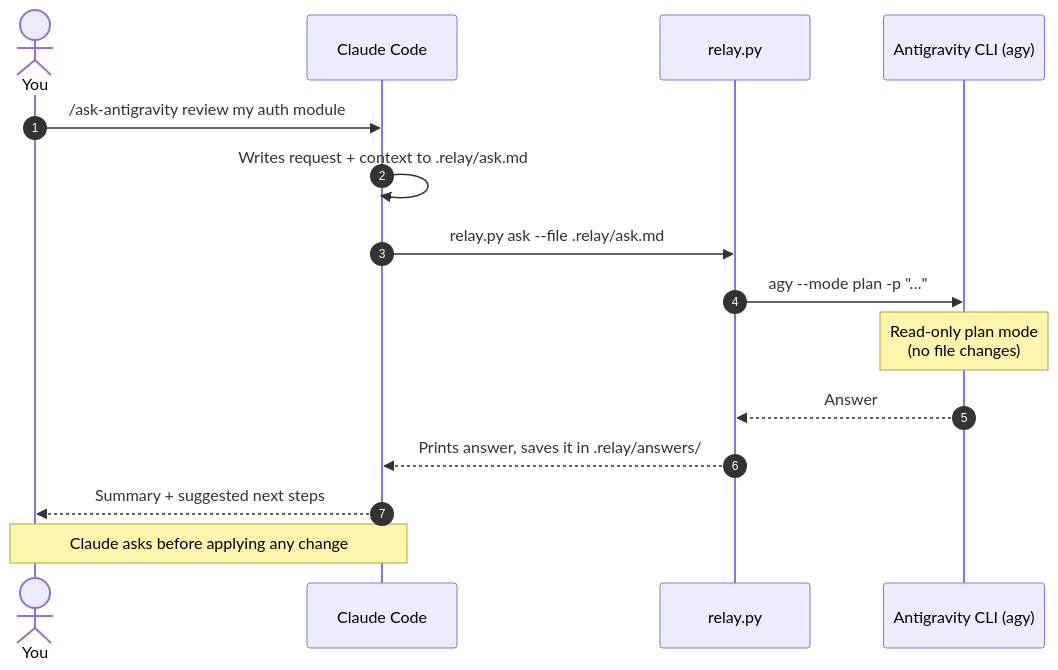
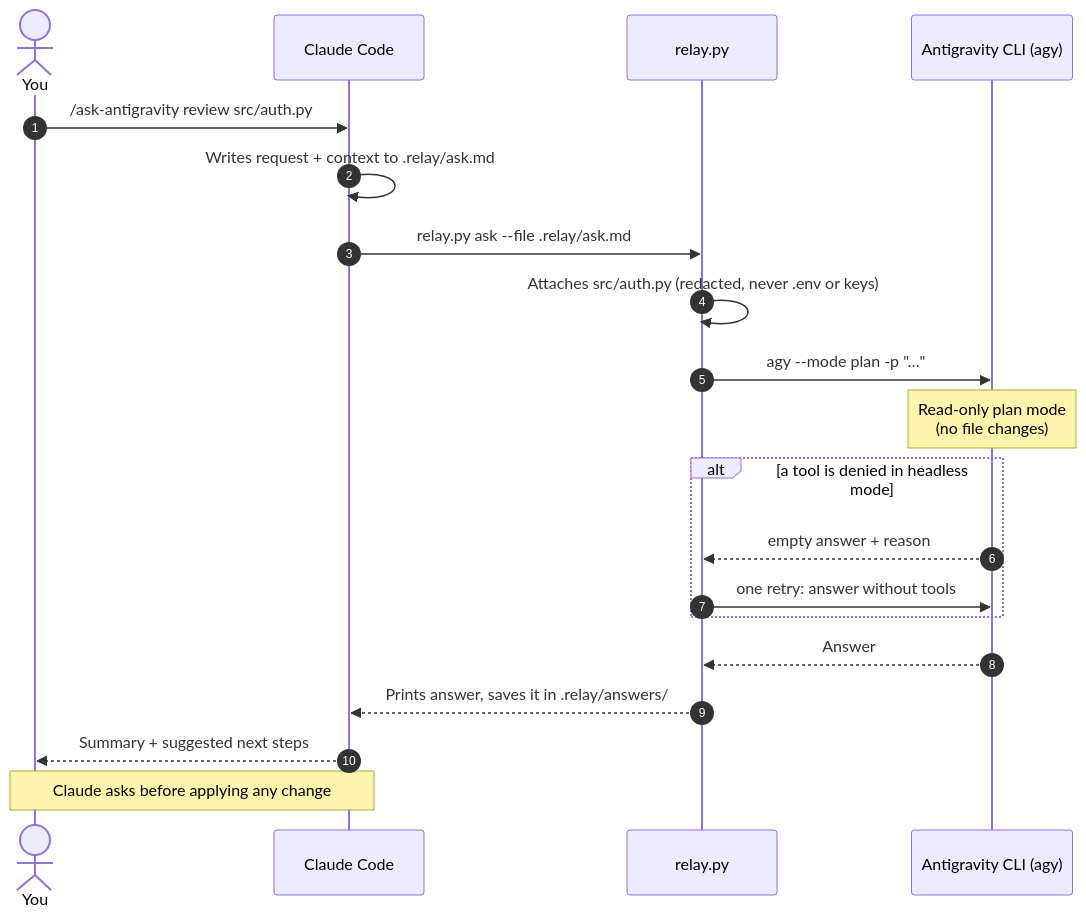
The third of 3 diagrams in README.md (CodeWidKrish/claude-relay), drawn with Mermaid before and after one commit. The commit also changed other lines of this file and 10 other files, not shown here.

First line of the commit message:
docs: showcase README with demo GIF, animated architecture and stats

````diff
--- a/README.md
+++ b/README.md
@@ -145,17 +207,22 @@
 ```mermaid
 sequenceDiagram
     autonumber
     actor U as You
     participant C as Claude Code
     participant R as relay.py
     participant A as Antigravity CLI (agy)
-    U->>C: /ask-antigravity review my auth module
+    U->>C: /ask-antigravity review src/auth.py
     C->>C: Writes request + context to .relay/ask.md
     C->>R: relay.py ask --file .relay/ask.md
+    R->>R: Attaches src/auth.py (redacted, never .env or keys)
     R->>A: agy --mode plan -p "…"
     Note over A: Read-only plan mode<br/>(no file changes)
+    alt a tool is denied in headless mode
+        A-->>R: empty answer + reason
+        R->>A: one retry: answer without tools
+    end
     A-->>R: Answer
     R-->>C: Prints answer, saves it in .relay/answers/
     C-->>U: Summary + suggested next steps
     Note over C,U: Claude asks before applying any change
 ```
````
